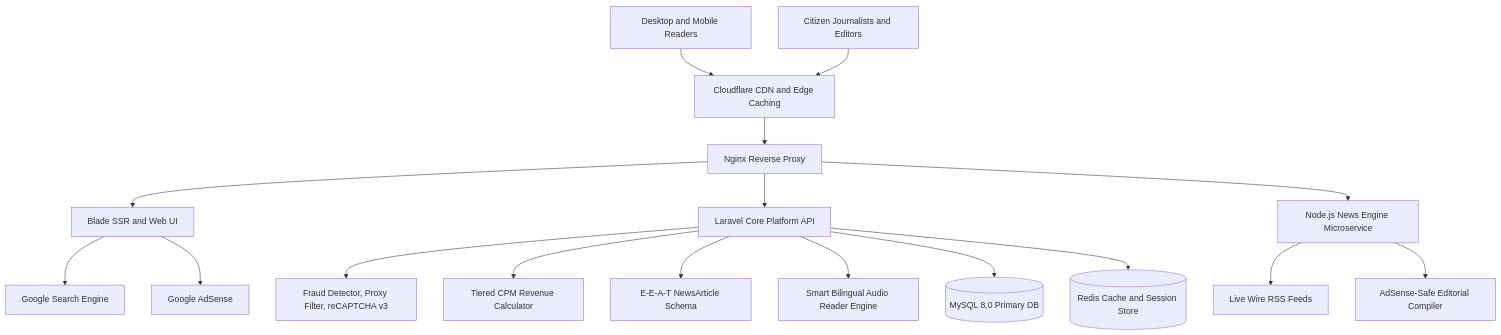
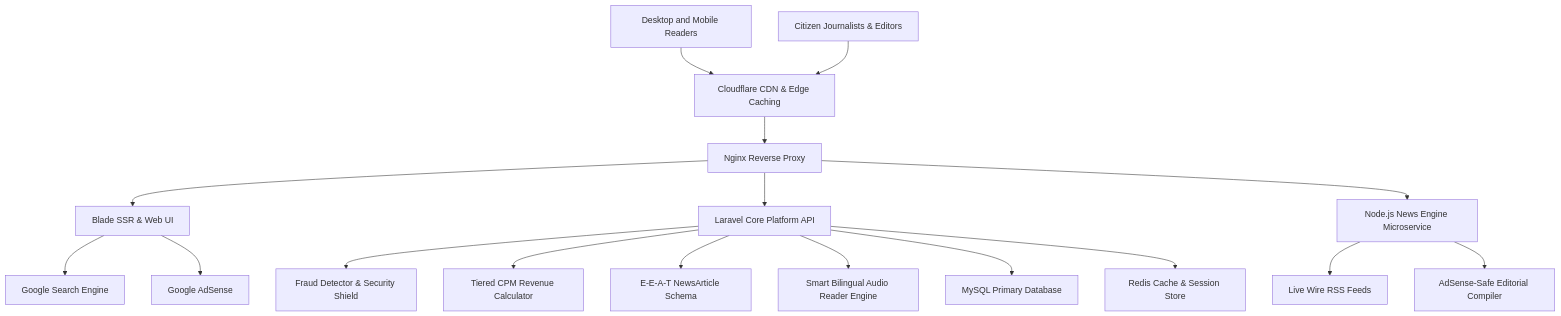
Before and after one commit to shajibsikder/jagatbarta-platform: the diagram in README.md, drawn with Mermaid. The commit also changed 1 other file, not shown here.

Commit message:
docs: resolve Mermaid rendering syntax with quoted node labels for GitHub compatibility

````diff
--- a/README.md
+++ b/README.md
@@ -25,24 +25,24 @@
 ```mermaid
 graph TD
-    Readers[Desktop and Mobile Readers] --> Edge[Cloudflare CDN and Edge Caching]
-    Authors[Citizen Journalists and Editors] --> Edge
-    Edge --> Nginx[Nginx Reverse Proxy]
+    Readers["Desktop and Mobile Readers"] --> Edge["Cloudflare CDN & Edge Caching"]
+    Authors["Citizen Journalists & Editors"] --> Edge
+    Edge --> Nginx["Nginx Reverse Proxy"]
 
-    Nginx --> Presentation[Blade SSR and Web UI]
-    Nginx --> PlatformAPI[Laravel Core Platform API]
-    Nginx --> NewsEngine[Node.js News Engine Microservice]
+    Nginx --> Presentation["Blade SSR & Web UI"]
+    Nginx --> PlatformAPI["Laravel Core Platform API"]
+    Nginx --> NewsEngine["Node.js News Engine Microservice"]
 
-    NewsEngine --> Feeds[Live Wire RSS Feeds]
-    NewsEngine --> PromptGen[AdSense-Safe Editorial Compiler]
+    NewsEngine --> Feeds["Live Wire RSS Feeds"]
+    NewsEngine --> PromptGen["AdSense-Safe Editorial Compiler"]
 
-    PlatformAPI --> FraudShield[Fraud Detector, Proxy Filter, reCAPTCHA v3]
-    PlatformAPI --> CpmEngine[Tiered CPM Revenue Calculator]
-    PlatformAPI --> SchemaGen[E-E-A-T NewsArticle Schema]
-    PlatformAPI --> AudioReader[Smart Bilingual Audio Reader Engine]
+    PlatformAPI --> FraudShield["Fraud Detector & Security Shield"]
+    PlatformAPI --> CpmEngine["Tiered CPM Revenue Calculator"]
+    PlatformAPI --> SchemaGen["E-E-A-T NewsArticle Schema"]
+    PlatformAPI --> AudioReader["Smart Bilingual Audio Reader Engine"]
 
-    PlatformAPI --> MySQL[(MySQL 8.0 Primary DB)]
-    PlatformAPI --> Redis[(Redis Cache and Session Store)]
+    PlatformAPI --> MySQL["MySQL Primary Database"]
+    PlatformAPI --> Redis["Redis Cache & Session Store"]
 
-    Presentation --> GoogleBot[Google Search Engine]
-    Presentation --> AdSense[Google AdSense]
+    Presentation --> GoogleBot["Google Search Engine"]
+    Presentation --> AdSense["Google AdSense"]
 ```
````
